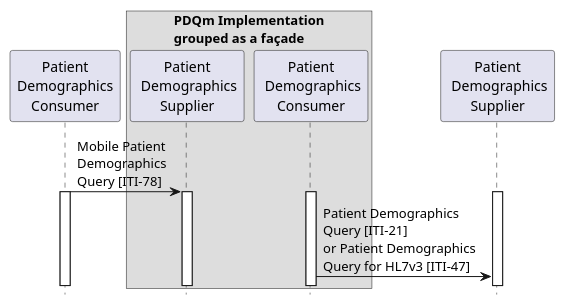
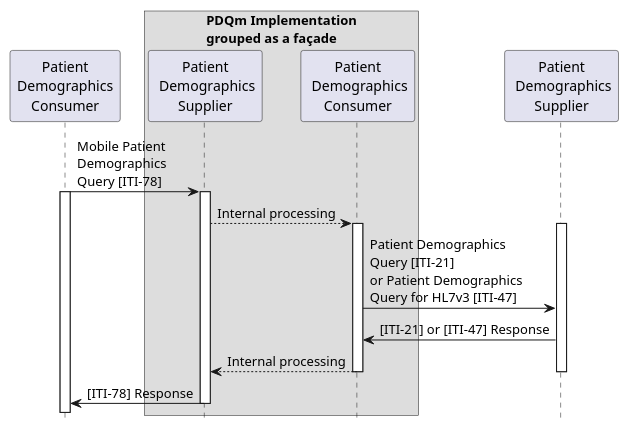
One commit to IHE/ITI.PDQm changed the diagram in input/images-source/Implementing-PDQm-as-a-gateway.plantuml. Above: the diagram before and after it, drawn with PlantUML. The commit also changed 2 other files, not shown here.

Commit message:
combine Figure 28.6-1 and 2, close #21

```diff
--- a/input/images-source/Implementing-PDQm-as-a-gateway.plantuml
+++ b/input/images-source/Implementing-PDQm-as-a-gateway.plantuml
@@ -1,18 +1,26 @@
 @startuml
 hide footbox
 
 Participant "Patient\nDemographics\nConsumer" as Client1
 box "PDQm Implementation\ngrouped as a façade "
     Participant "Patient\n Demographics\nSupplier" as Server1
     Participant "Patient\n Demographics\nConsumer" as Client2
 endbox
 Participant "Patient\n Demographics\nSupplier" as Server2
 
 Client1 -> Server1: Mobile Patient\nDemographics\nQuery [ITI-78]
 activate Client1
 activate Server1
+Server1 --> Client2: Internal processing
 activate Client2
 activate Server2
 Client2 -> Server2: Patient Demographics\nQuery [ITI-21]\nor Patient Demographics\nQuery for HL7v3 [ITI-47]
+Client2 <- Server2: [ITI-21] or [ITI-47] Response
+Server1 <-- Client2: Internal processing
+deactivate Client2
+deactivate Server2
+Client1 <- Server1: [ITI-78] Response
+deactivate Client2
+deactivate Server1
 
 @enduml
```
